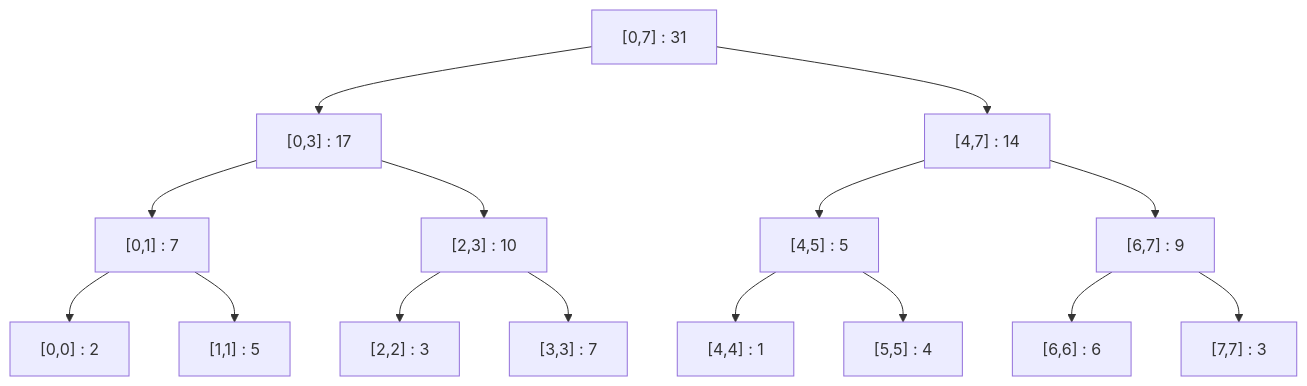
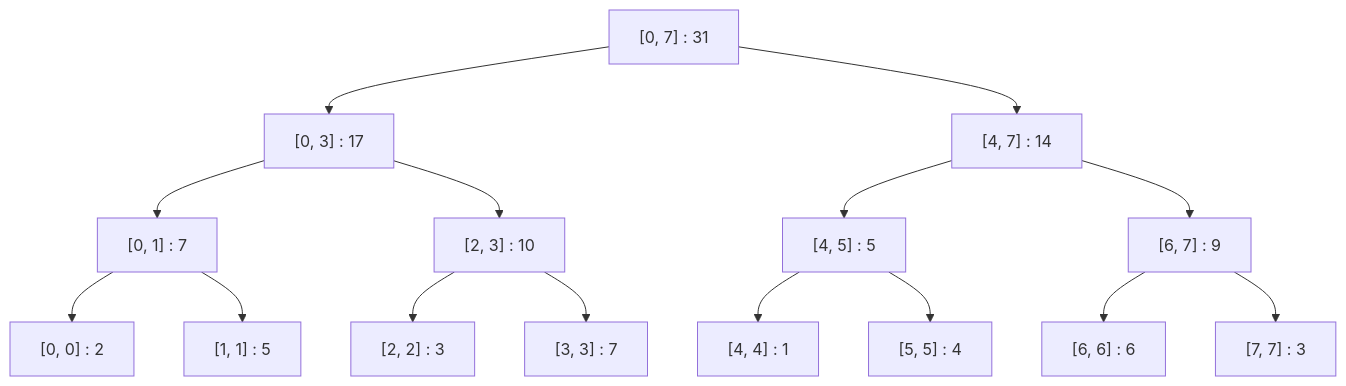
One commit to FPTOJ-OJ/fptoj_wiki changed the first of 5 diagrams in docs/lessons/segment-tree.md. Above: the diagram before and after it, drawn with Mermaid. The commit also changed other lines of this file and 18 other files, not shown here.

First line of the commit message:
fix: LaTeX errors, mermaid theme switching, remove custom colors

````diff
--- a/docs/lessons/segment-tree.md
+++ b/docs/lessons/segment-tree.md
@@ -74,17 +84,17 @@
 ```mermaid
 graph TD
-    n1["[0,7] : 31"] --> n2["[0,3] : 17"]
-    n1 --> n3["[4,7] : 14"]
-    n2 --> n4["[0,1] : 7"]
-    n2 --> n5["[2,3] : 10"]
-    n3 --> n6["[4,5] : 5"]
-    n3 --> n7["[6,7] : 9"]
-    n4 --> n8["[0,0] : 2"]
-    n4 --> n9["[1,1] : 5"]
-    n5 --> n10["[2,2] : 3"]
-    n5 --> n11["[3,3] : 7"]
-    n6 --> n12["[4,4] : 1"]
-    n6 --> n13["[5,5] : 4"]
-    n7 --> n14["[6,6] : 6"]
-    n7 --> n15["[7,7] : 3"]
+    n1["[0, 7] : 31"] --> n2["[0, 3] : 17"]
+    n1 --> n3["[4, 7] : 14"]
+    n2 --> n4["[0, 1] : 7"]
+    n2 --> n5["[2, 3] : 10"]
+    n3 --> n6["[4, 5] : 5"]
+    n3 --> n7["[6, 7] : 9"]
+    n4 --> n8["[0, 0] : 2"]
+    n4 --> n9["[1, 1] : 5"]
+    n5 --> n10["[2, 2] : 3"]
+    n5 --> n11["[3, 3] : 7"]
+    n6 --> n12["[4, 4] : 1"]
+    n6 --> n13["[5, 5] : 4"]
+    n7 --> n14["[6, 6] : 6"]
+    n7 --> n15["[7, 7] : 3"]
 ```
````
